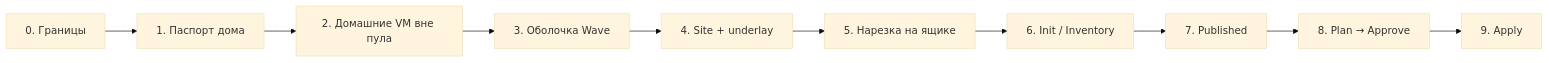
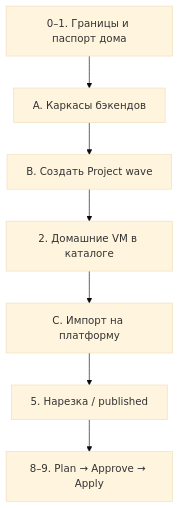
One commit to vinogradovia/ansible-devops-uslugi changed the first of 2 diagrams in docs/adr/02-control-plane/network/0028.1-wave-home-import-plan.md. Above: the diagram before and after it, drawn with Mermaid (base theme). The commit also changed other lines of this file, not shown here.

First line of the commit message:
docs(adr-0028.1): три работы — каркасы API, Project wave, импорт

````diff
--- a/docs/adr/02-control-plane/network/0028.1-wave-home-import-plan.md
+++ b/docs/adr/02-control-plane/network/0028.1-wave-home-import-plan.md
@@ -32,12 +31,16 @@
 ```mermaid
-flowchart LR
-  A0[0. Границы] --> A1[1. Паспорт дома]
-  A1 --> A2[2. Домашние VM вне пула]
-  A2 --> A3[3. Оболочка Wave]
-  A3 --> A4[4. Site + underlay]
-  A4 --> A5[5. Нарезка на ящике]
-  A5 --> A6[6. Init / Inventory]
-  A6 --> A7[7. Published]
-  A7 --> A8[8. Plan → Approve]
-  A8 --> A9[9. Apply]
+flowchart TB
+  Prep[0–1. Границы и паспорт дома]
+  A[A. Каркасы бэкендов]
+  B[B. Создать Project wave]
+  C[C. Импорт на платформу]
+  Net[5. Нарезка / published]
+  Later[8–9. Plan → Approve → Apply]
+
+  Prep --> A
+  A --> B
+  B --> Mark[2. Домашние VM в каталоге]
+  Mark --> C
+  C --> Net
+  Net --> Later
 ```
````
